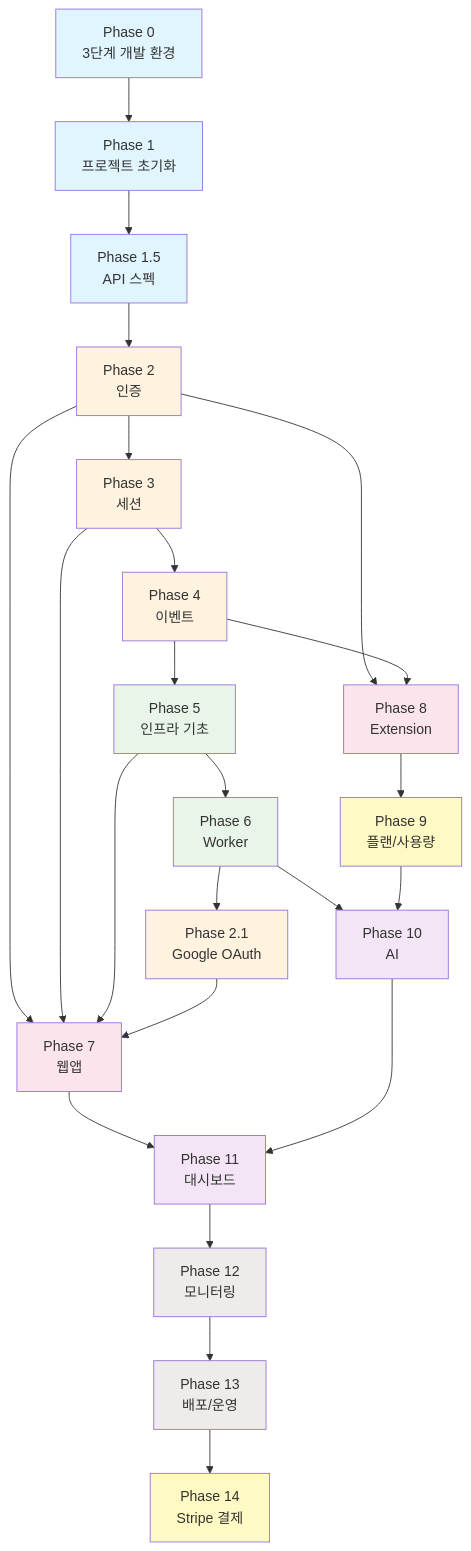
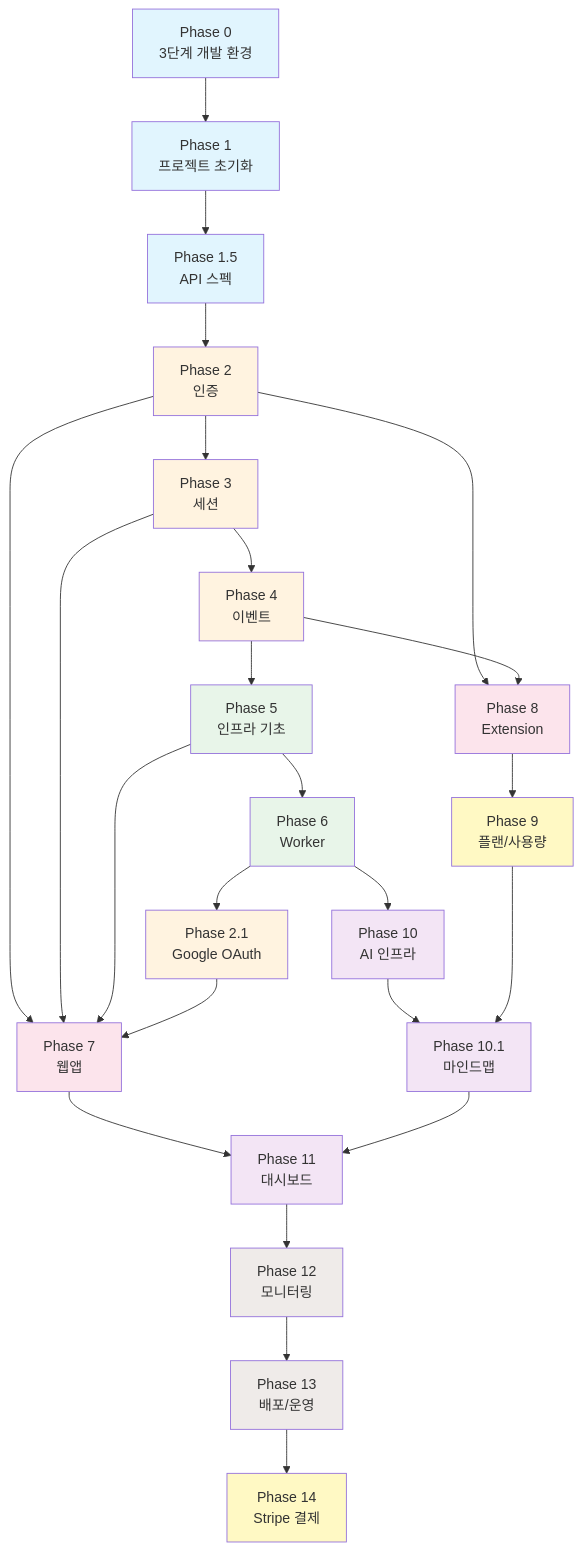
Before and after one commit to coldzero94/mindhit: the diagram in docs/development/phases/README.md, drawn with Mermaid. The commit also changed other lines of this file and 3 other files, not shown here.

````diff
--- a/docs/development/phases/README.md
+++ b/docs/development/phases/README.md
@@ -65,57 +67,61 @@
 ```mermaid
 flowchart TD
     P0[Phase 0<br/>3단계 개발 환경] --> P1[Phase 1<br/>프로젝트 초기화]
     P1 --> P1_5[Phase 1.5<br/>API 스펙]
     P1_5 --> P2[Phase 2<br/>인증]
     P2 --> P3[Phase 3<br/>세션]
     P3 --> P4[Phase 4<br/>이벤트]
     P4 --> P5[Phase 5<br/>인프라 기초]
     P5 --> P6[Phase 6<br/>Worker]
 
     %% Phase 2.1: Google OAuth (Phase 6 이후, Phase 7 전)
     P6 --> P2_1[Phase 2.1<br/>Google OAuth]
 
     %% Phase 7: 인증 + 세션 + 인프라 + OAuth 필요
     P2 --> P7[Phase 7<br/>웹앱]
     P3 --> P7
     P5 --> P7
     P2_1 --> P7
 
     %% Phase 8: 인증 + 이벤트 API 필요
     P2 --> P8[Phase 8<br/>Extension]
     P4 --> P8
 
     %% Phase 9: 플랜/사용량 (AI 전에 필요)
     P8 --> P9[Phase 9<br/>플랜/사용량]
 
-    %% Phase 10: AI (사용량 시스템 연동)
-    P6 --> P10[Phase 10<br/>AI]
-    P9 --> P10
+    %% Phase 10: AI Provider 인프라 (Worker 의존)
+    P6 --> P10[Phase 10<br/>AI 인프라]
+
+    %% Phase 10.1: 마인드맵 생성 (AI 인프라 + 사용량 시스템 의존)
+    P10 --> P10_1[Phase 10.1<br/>마인드맵]
+    P9 --> P10_1
 
     %% Phase 11: 대시보드
     P7 --> P11[Phase 11<br/>대시보드]
-    P10 --> P11
+    P10_1 --> P11
 
     %% Phase 12-14: 운영 및 결제
     P11 --> P12[Phase 12<br/>모니터링]
     P12 --> P13[Phase 13<br/>배포/운영]
     P13 --> P14[Phase 14<br/>Stripe 결제]
 
     style P0 fill:#e1f5fe
     style P1 fill:#e1f5fe
     style P1_5 fill:#e1f5fe
     style P2 fill:#fff3e0
     style P2_1 fill:#fff3e0
     style P3 fill:#fff3e0
     style P4 fill:#fff3e0
     style P5 fill:#e8f5e9
     style P6 fill:#e8f5e9
     style P7 fill:#fce4ec
     style P8 fill:#fce4ec
     style P9 fill:#fff9c4
     style P10 fill:#f3e5f5
+    style P10_1 fill:#f3e5f5
     style P11 fill:#f3e5f5
     style P12 fill:#efebe9
     style P13 fill:#efebe9
     style P14 fill:#fff9c4
 ```
````
